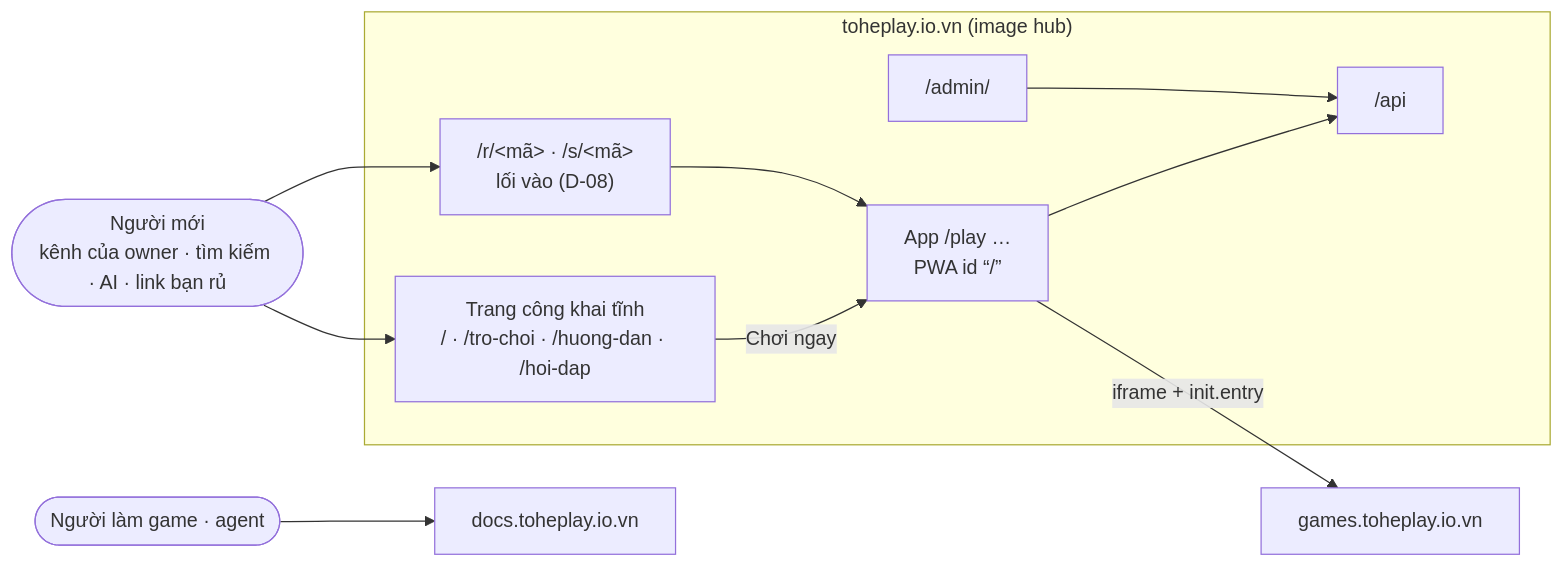
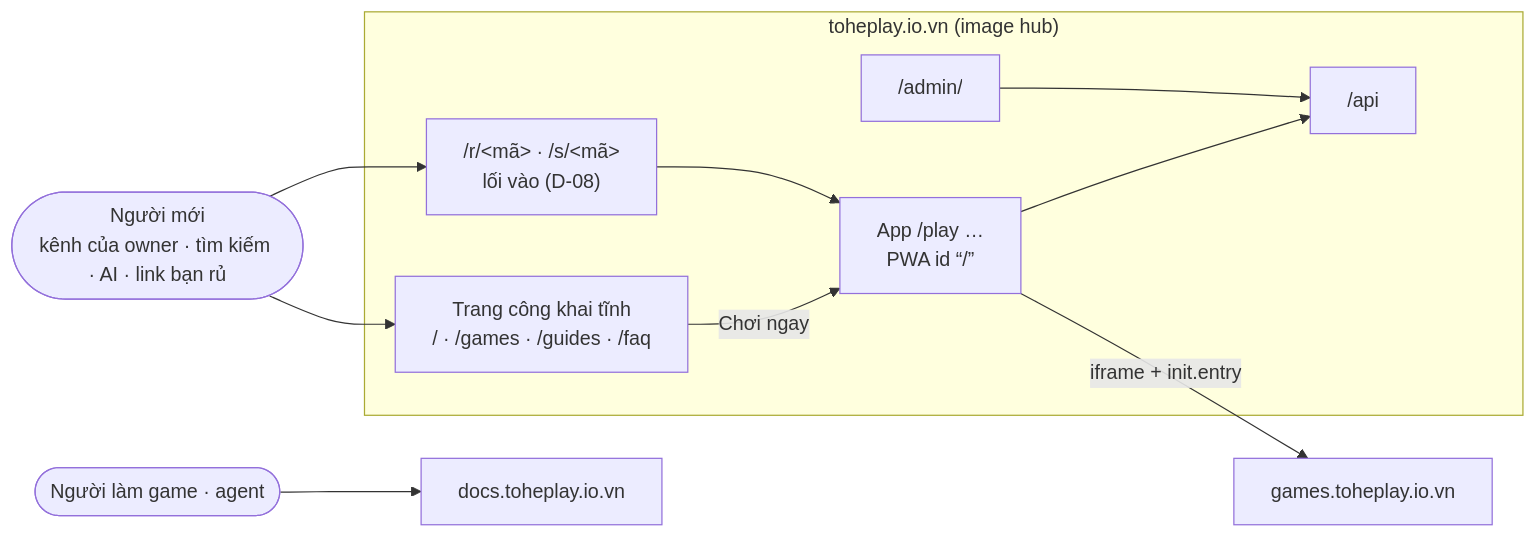
One commit to vinh466/tohe-play changed the first of 2 diagrams in plans/product-surface/design.md. Above: the diagram before and after it, drawn with Mermaid. The commit also changed 6 other files, not shown here.

````diff
--- a/plans/product-surface/design.md
+++ b/plans/product-surface/design.md
@@ -16,13 +16,13 @@
 ```mermaid
 flowchart LR
   person([Người mới<br/>kênh của owner · tìm kiếm · AI · link bạn rủ]) --> pub
   subgraph root ["toheplay.io.vn (image hub)"]
-    pub["Trang công khai tĩnh<br/>/ · /tro-choi · /huong-dan · /hoi-dap"] -- "Chơi ngay" --> app
+    pub["Trang công khai tĩnh<br/>/ · /games · /guides · /faq"] -- "Chơi ngay" --> app
     links["/r/&lt;mã&gt; · /s/&lt;mã&gt;<br/>lối vào (D-08)"] --> app["App /play …<br/>PWA id “/”"]
     app --> api["/api"]
     admin["/admin/"] --> api
   end
   person --> links
   app -- iframe + init.entry --> games["games.toheplay.io.vn"]
   dev([Người làm game · agent]) --> docs["docs.toheplay.io.vn"]
 ```
````
